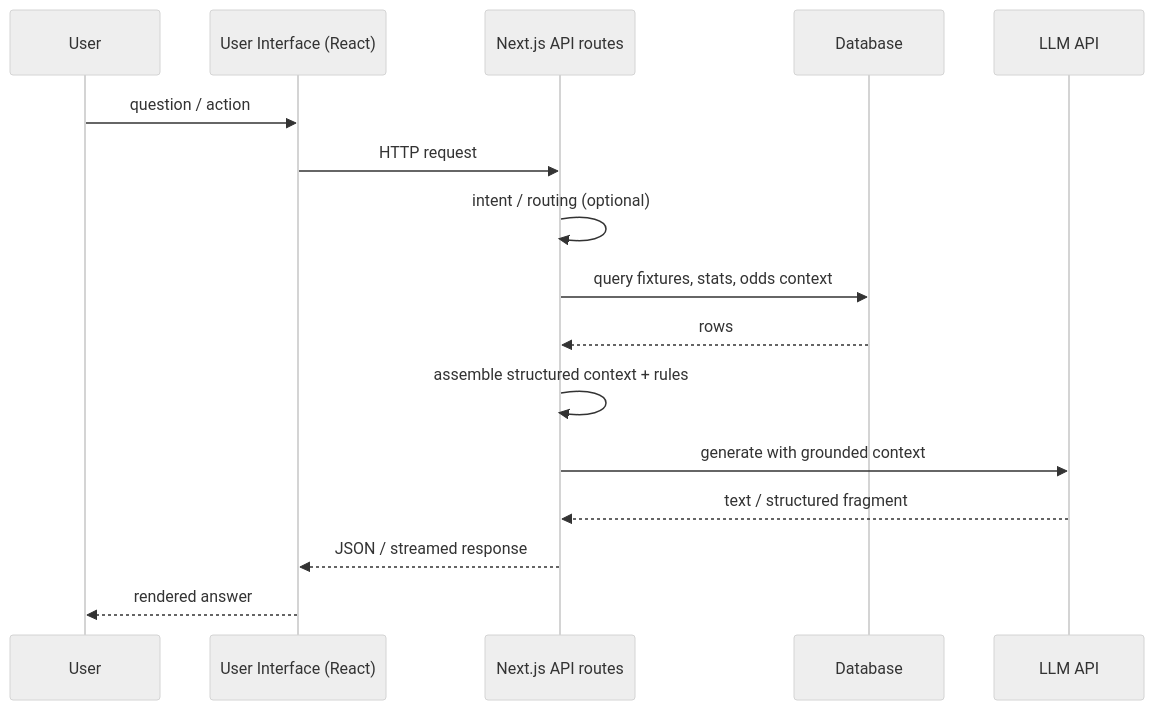
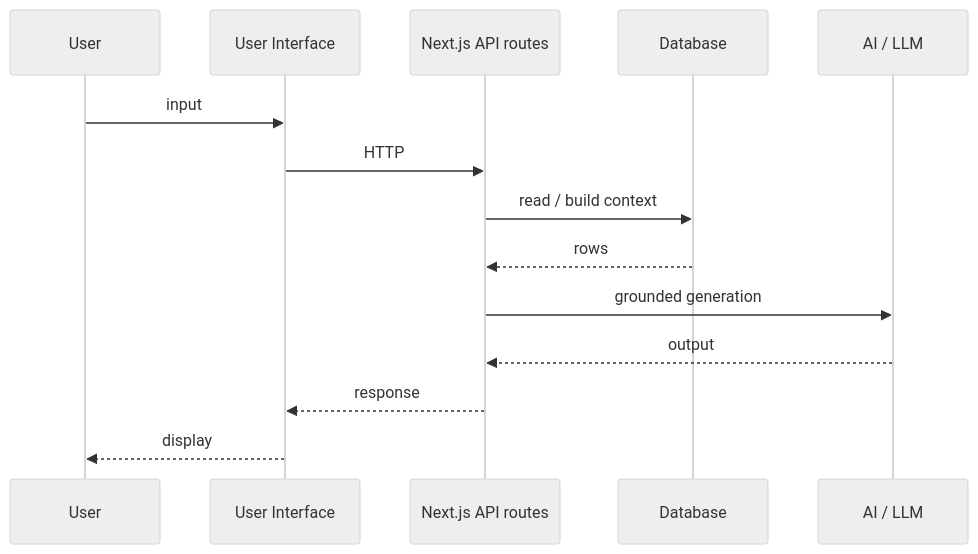
One commit to LorenzoInc99/x2odds2026-engineering-showcase changed the second of 2 diagrams in docs/00-overview.md. Above: the diagram before and after it, drawn with Mermaid (neutral theme). The commit also changed other lines of this file and 8 other files, not shown here.

````diff
--- a/docs/00-overview.md
+++ b/docs/00-overview.md
@@ -44,19 +35,17 @@
 ```mermaid
 sequenceDiagram
-  participant U as User
-  participant UI as User Interface (React)
+  participant User
+  participant UI as User Interface
   participant API as Next.js API routes
   participant DB as Database
-  participant LLM as LLM API
+  participant LLM as AI / LLM
 
-  U->>UI: question / action
-  UI->>API: HTTP request
-  API->>API: intent / routing (optional)
-  API->>DB: query fixtures, stats, odds context
+  User->>UI: input
+  UI->>API: HTTP
+  API->>DB: read / build context
   DB-->>API: rows
-  API->>API: assemble structured context + rules
-  API->>LLM: generate with grounded context
-  LLM-->>API: text / structured fragment
-  API-->>UI: JSON / streamed response
-  UI-->>U: rendered answer
+  API->>LLM: grounded generation
+  LLM-->>API: output
+  API-->>UI: response
+  UI-->>User: display
 ```
````
